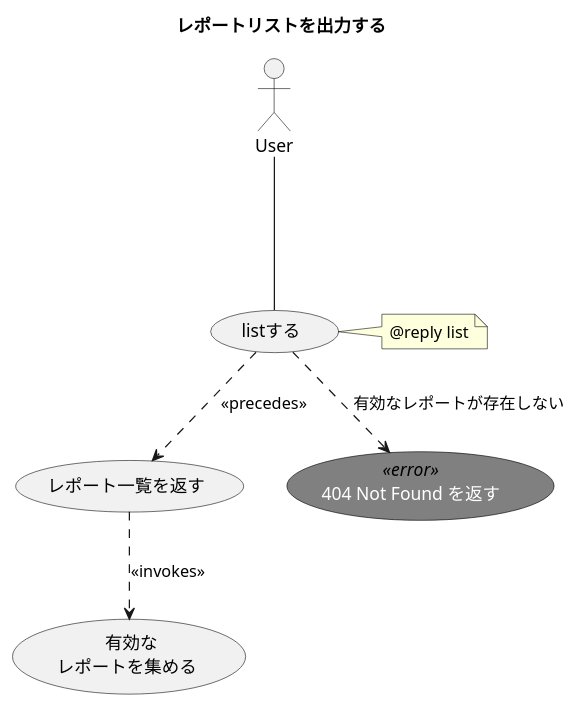
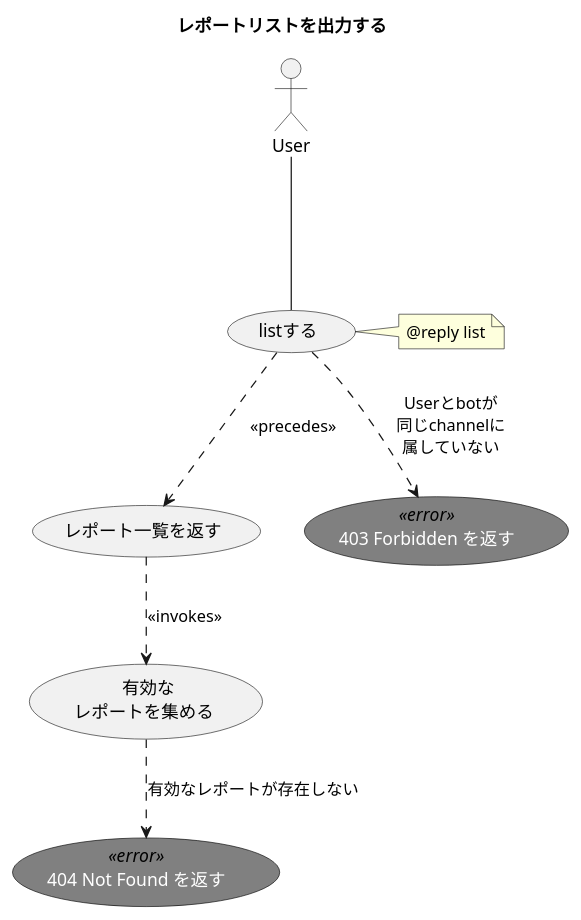
One commit to ito-masam/kpt-guard.doc changed the diagram in 1.design/2.usecases/list-report.md. Above: the diagram before and after it, drawn with PlantUML. The commit also changed 6 other files, not shown here.

```diff
--- a/1.design/2.usecases/list-report.md
+++ b/1.design/2.usecases/list-report.md
@@ -1,28 +1,31 @@
 @startuml
 
     ' ----------- meta
     title レポートリストを出力する
 
     skinparam usecase {
       FontColor<<error>> white
       FontName<<error>> Verdana
       BackgroundColor<<error>> gray
       BorderColor<<error>> black
     }
 
     actor User
 
     ' ----------- main
     User --- ( listする )
     ( listする ) ..> ( レポート一覧を返す ) : << precedes >>
     ( レポート一覧を返す ) ..> ( 有効な\nレポートを集める ) : << invokes >>
 
     note right of ( listする )
       @reply list
     end note
 
     ' ----------- alternative
+    ( 403 Forbidden を返す ) <<error>>
+    ( listする ) ..> ( 403 Forbidden を返す ) : Userとbotが\n同じchannelに\n属していない
+
     ( 404 Not Found を返す ) <<error>>
-    ( listする ) ..> ( 404 Not Found を返す ) : 有効なレポートが存在しない
+    ( 有効な\nレポートを集める ) ..> ( 404 Not Found を返す ) : 有効なレポートが存在しない
 
 @enduml
```
